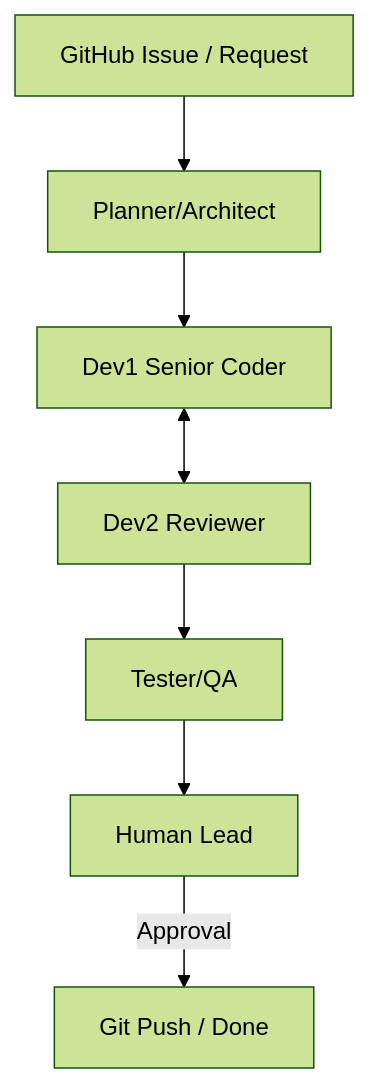
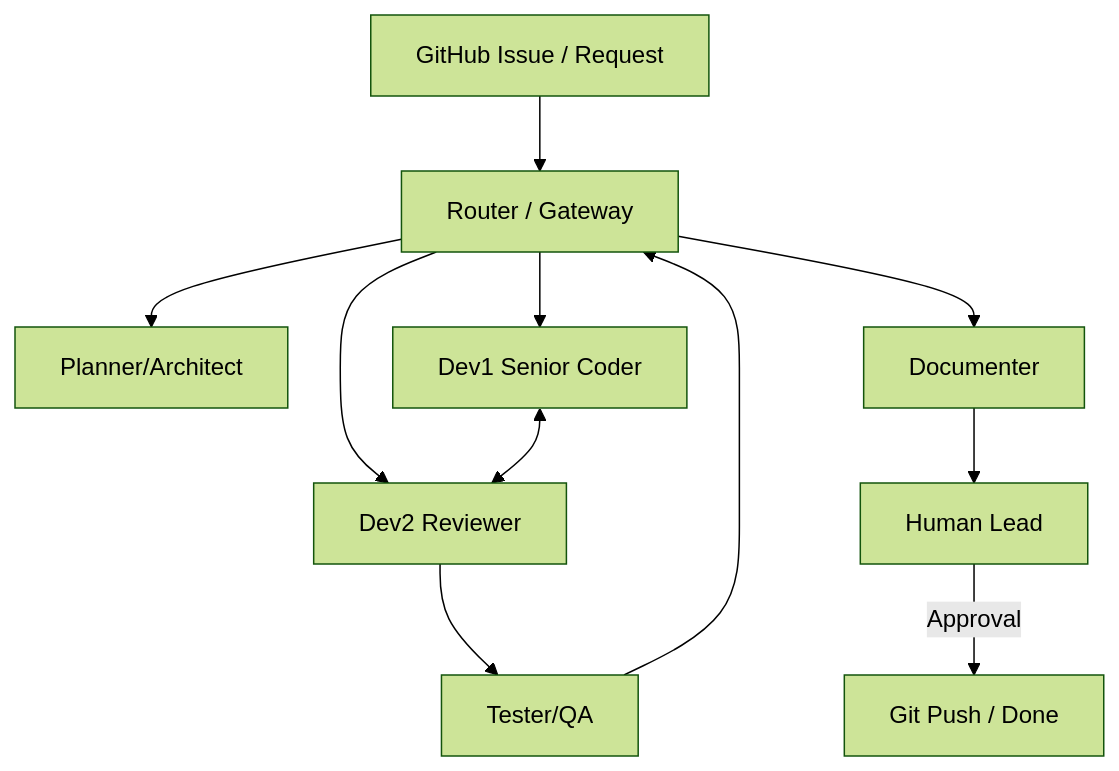
Before and after one commit to skybaer0804/llm: the diagram in docs/03_AutoGen_Agents/01_에이전트_팀_구성_및_역할.md, drawn with Mermaid (forest theme). The commit also changed other lines of this file and 13 other files, not shown here.

Commit message:
Add: detail architect

````diff
--- a/docs/03_AutoGen_Agents/01_에이전트_팀_구성_및_역할.md
+++ b/docs/03_AutoGen_Agents/01_에이전트_팀_구성_및_역할.md
@@ -9,9 +9,13 @@
 ```mermaid
 graph TD
-    Issue[GitHub Issue / Request] --> Planner[Planner/Architect]
-    Planner --> Dev1[Dev1 Senior Coder]
-    Dev1 <--> Dev2[Dev2 Reviewer]
+    Issue[GitHub Issue / Request] --> Router[Router / Gateway]
+    Router --> Planner[Planner/Architect]
+    Router --> Dev1[Dev1 Senior Coder]
+    Router --> Dev2[Dev2 Reviewer]
+    Dev1 <--> Dev2
     Dev2 --> Tester[Tester/QA]
-    Tester --> Human[Human Lead]
+    Tester --> Router
+    Router --> Documenter[Documenter]
+    Documenter --> Human[Human Lead]
     Human --> |Approval| Push[Git Push / Done]
 ```
````
